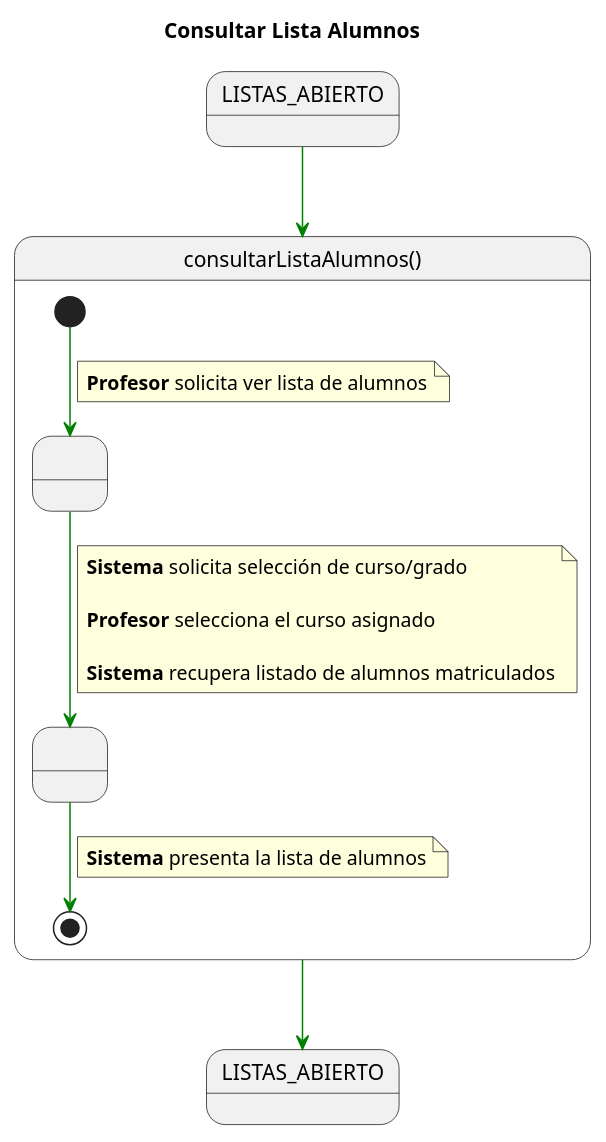
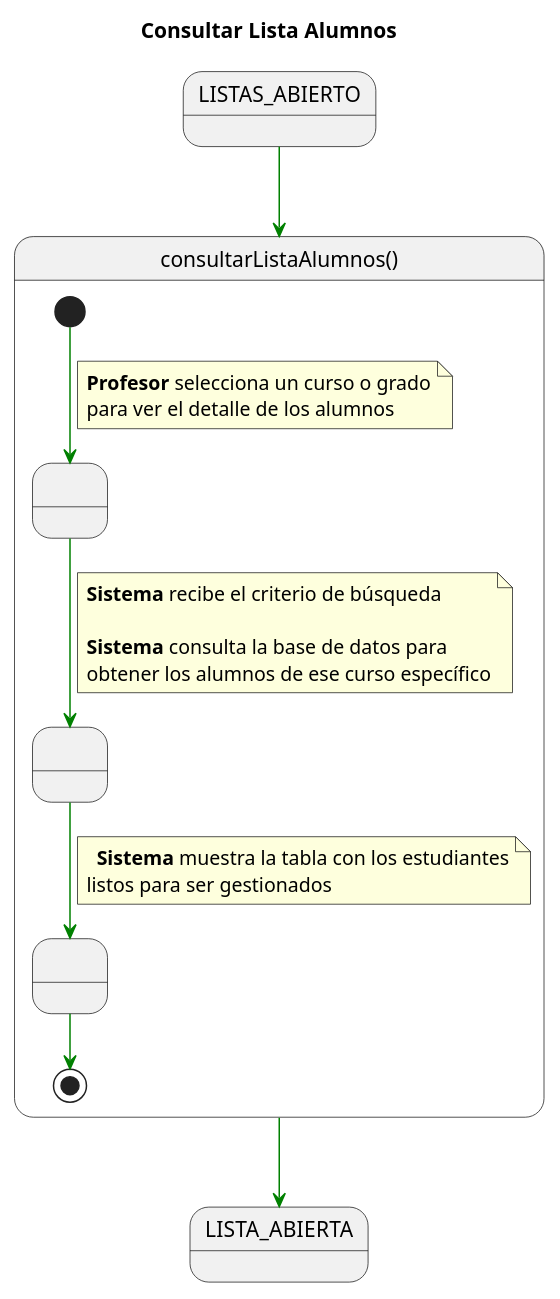
One commit to enmabry/25-26-IdSw1-SdR changed the diagram in documents/CasosDeUso/DetalladoCasosDeUso/Profesor/consultarListaAlumnos.puml. Above: the diagram before and after it, drawn with PlantUML. The commit also changed 19 other files, not shown here.

Commit message:
modificacion detallado profesor teniendo en cuenta nuevo diagrama de contexto

```diff
--- a/documents/CasosDeUso/DetalladoCasosDeUso/Profesor/consultarListaAlumnos.puml
+++ b/documents/CasosDeUso/DetalladoCasosDeUso/Profesor/consultarListaAlumnos.puml
@@ -1,39 +1,43 @@
 @startuml
 title Consultar Lista Alumnos
 
 skinparam linetype polyline
 
 state LISTAS_ABIERTO_INICIAL as "LISTAS_ABIERTO"
-state LISTAS_ABIERTO_FINAL as "LISTAS_ABIERTO"
+state LISTA_ABIERTA_FINAL as "LISTA_ABIERTA"
 
 LISTAS_ABIERTO_INICIAL -[#green]-> consultarListaAlumnos
 
 state consultarListaAlumnos as "consultarListaAlumnos()" {
 
-    state " " as SolicitandoCriterios
-    state " " as ListaRenderizada
+    state " " as SeleccionCurso
+    state " " as RecuperandoDatos
+    state " " as VistaDetallada
 
-    [*] -[#green]-> SolicitandoCriterios
+    [*] -[#green]-> SeleccionCurso
     note on link
-    <b>Profesor</b> solicita ver lista de alumnos
+    <b>Profesor</b> selecciona un curso o grado
+    para ver el detalle de los alumnos
     end note
 
-    SolicitandoCriterios -[#green]-> ListaRenderizada
+    SeleccionCurso -[#green]-> RecuperandoDatos
     note on link
-    <b>Sistema</b> solicita selección de curso/grado
+    <b>Sistema</b> recibe el criterio de búsqueda
     
-    <b>Profesor</b> selecciona el curso asignado
-
-    <b>Sistema</b> recupera listado de alumnos matriculados
+    <b>Sistema</b> consulta la base de datos para
+    obtener los alumnos de ese curso específico
     end note
 
-    ListaRenderizada -[#green]-> [*]
+    RecuperandoDatos -[#green]-> VistaDetallada
     note on link
-    <b>Sistema</b> presenta la lista de alumnos
+      <b>Sistema</b> muestra la tabla con los estudiantes
+    listos para ser gestionados
     end note
+
+    VistaDetallada -[#green]-> [*]
 
 }
 
-consultarListaAlumnos -[#green]-> LISTAS_ABIERTO_FINAL
+consultarListaAlumnos -[#green]-> LISTA_ABIERTA_FINAL
 
 @enduml
```
